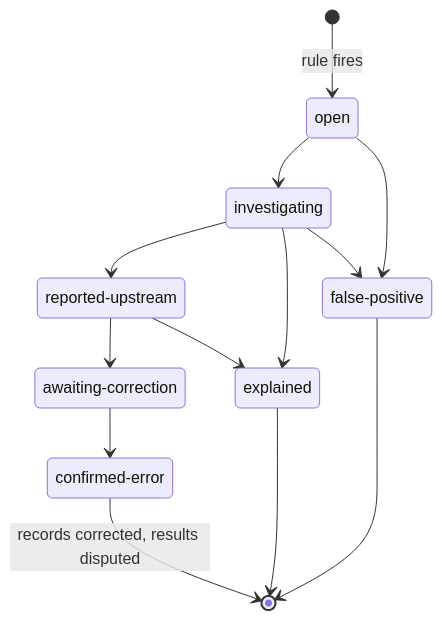
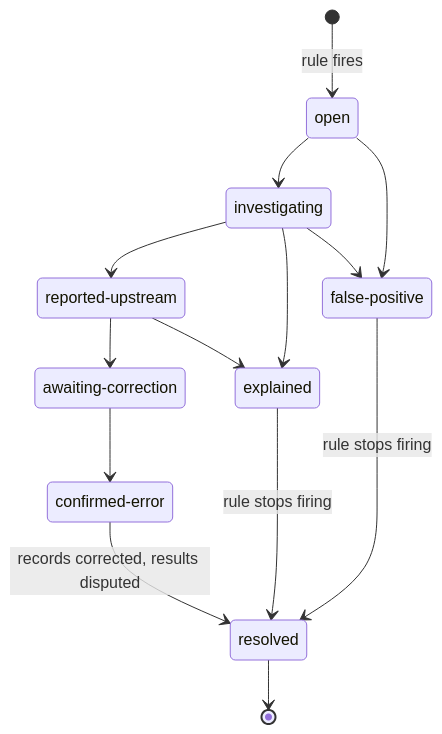
The third of 3 diagrams in docs/discrepancies.md (rewire-bio/rewire-benchmark-data), drawn with Mermaid before and after one commit. The commit also changed other lines of this file and 8 other files, not shown here.

Commit message:
Keep settled discrepancies that stop firing as resolved findings (#174)

````diff
--- a/docs/discrepancies.md
+++ b/docs/discrepancies.md
@@ -144,19 +144,20 @@
 ```mermaid
 stateDiagram-v2
   [*] --> open : rule fires
   open --> investigating
   open --> false_positive
   investigating --> reported_upstream
   investigating --> explained
   investigating --> false_positive
   reported_upstream --> awaiting_correction
   reported_upstream --> explained
   awaiting_correction --> confirmed_error
-  confirmed_error --> [*] : records corrected, results disputed
-  explained --> [*]
-  false_positive --> [*]
+  confirmed_error --> resolved : records corrected, results disputed
+  explained --> resolved : rule stops firing
+  false_positive --> resolved : rule stops firing
+  resolved --> [*]
   state "reported-upstream" as reported_upstream
   state "awaiting-correction" as awaiting_correction
   state "confirmed-error" as confirmed_error
   state "false-positive" as false_positive
 ```
````
